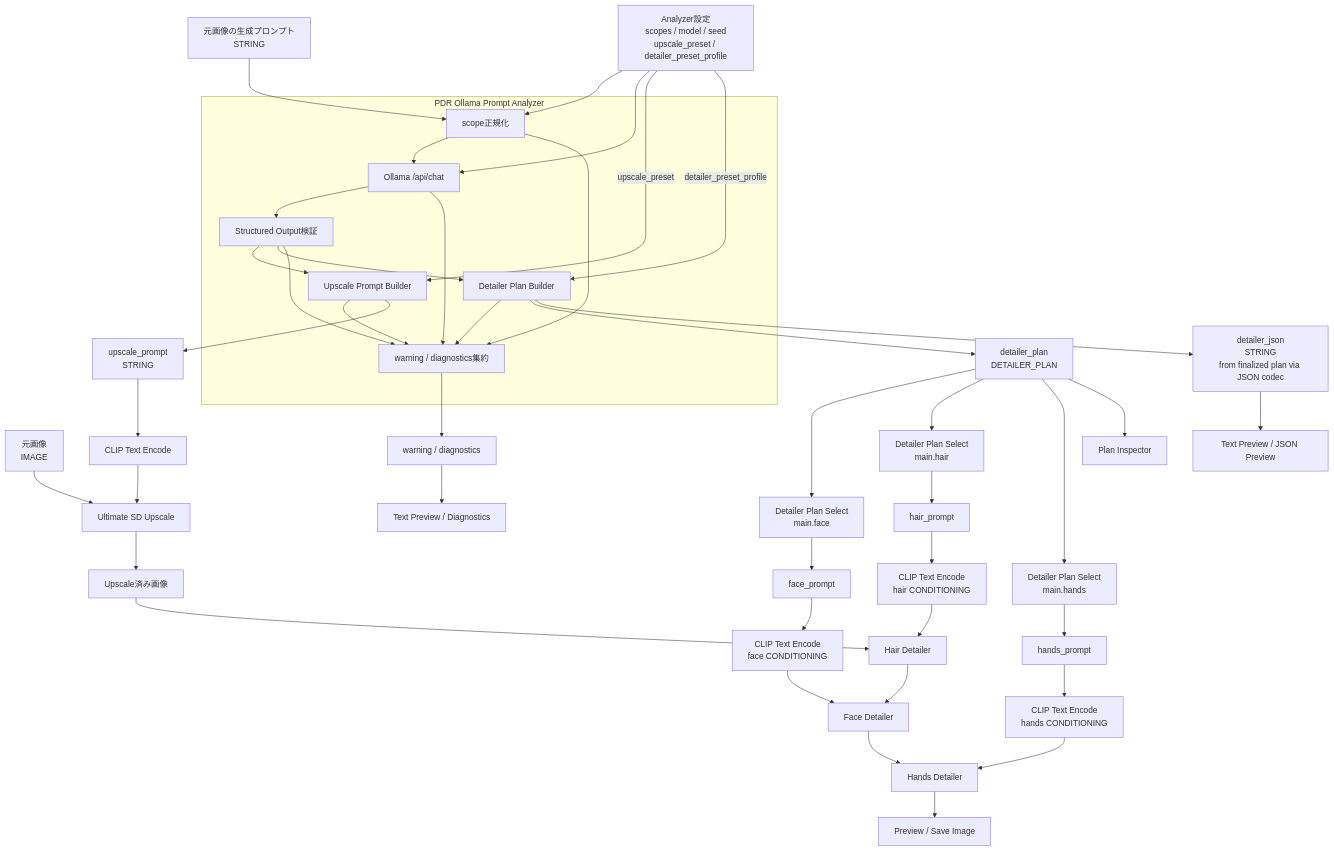
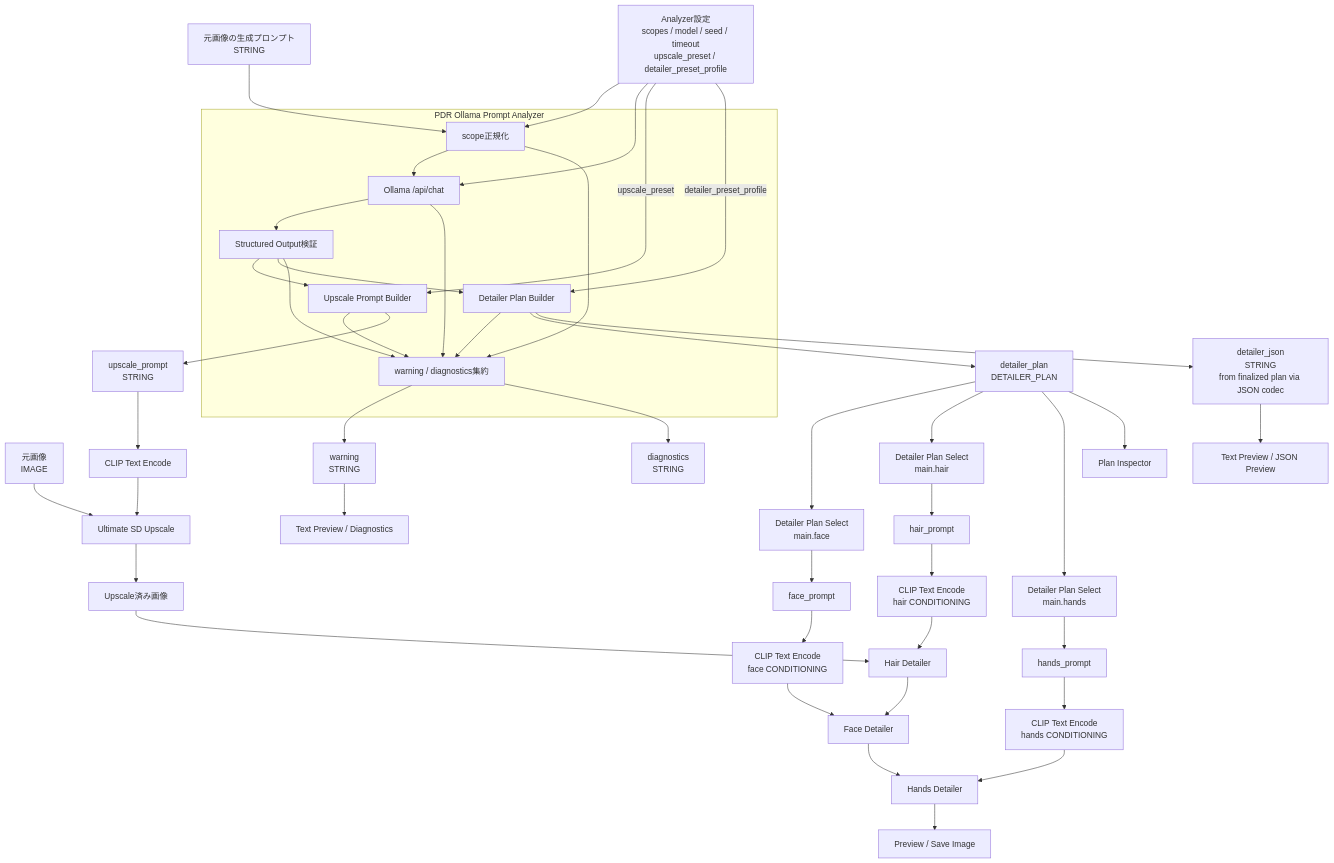
One commit to beastmaniaxxx/ComfyUI-Prompt-Detailer-Router changed the first of 3 diagrams in docs/requirements/requirements-design-reference.md. Above: the diagram before and after it, drawn with Mermaid. The commit also changed other lines of this file and 1 other file, not shown here.

````diff
--- a/docs/requirements/requirements-design-reference.md
+++ b/docs/requirements/requirements-design-reference.md
@@ -212,65 +212,66 @@
 ```mermaid
 flowchart TD
     P["元画像の生成プロンプト<br/>STRING"]
     IMG["元画像<br/>IMAGE"]
-    CFG["Analyzer設定<br/>scopes / model / seed<br/>upscale_preset / detailer_preset_profile"]
+    CFG["Analyzer設定<br/>scopes / model / seed / timeout<br/>upscale_preset / detailer_preset_profile"]
 
     subgraph ANALYZER["PDR Ollama Prompt Analyzer"]
         SCOPE["scope正規化"]
         OLLAMA["Ollama /api/chat"]
         VALIDATE["Structured Output検証"]
         UPSCALE_BUILD["Upscale Prompt Builder"]
         PLAN_BUILD["Detailer Plan Builder"]
         WARN_COLLECT["warning / diagnostics集約"]
 
         SCOPE --> OLLAMA
         OLLAMA --> VALIDATE
         VALIDATE --> UPSCALE_BUILD
         VALIDATE --> PLAN_BUILD
         SCOPE --> WARN_COLLECT
         OLLAMA --> WARN_COLLECT
         VALIDATE --> WARN_COLLECT
         UPSCALE_BUILD --> WARN_COLLECT
         PLAN_BUILD --> WARN_COLLECT
     end
 
     P --> SCOPE
     CFG --> SCOPE
     CFG --> OLLAMA
     CFG -- upscale_preset --> UPSCALE_BUILD
     CFG -- detailer_preset_profile --> PLAN_BUILD
 
     UPSCALE_BUILD --> UP["upscale_prompt<br/>STRING"]
     PLAN_BUILD --> PLAN["detailer_plan<br/>DETAILER_PLAN"]
     PLAN_BUILD --> JSON["detailer_json<br/>STRING<br/>from finalized plan via JSON codec"]
-    WARN_COLLECT --> WARN["warning / diagnostics"]
+    WARN_COLLECT --> WARN["warning<br/>STRING"]
+    WARN_COLLECT --> DIAG["diagnostics<br/>STRING"]
 
     UP --> UENC["CLIP Text Encode"]
     UENC --> USD["Ultimate SD Upscale"]
     IMG --> USD
     USD --> UIMG["Upscale済み画像"]
 
     PLAN --> SF["Detailer Plan Select<br/>main.face"]
     PLAN --> SH["Detailer Plan Select<br/>main.hair"]
     PLAN --> SA["Detailer Plan Select<br/>main.hands"]
 
     SF --> FP["face_prompt"]
     SH --> HP["hair_prompt"]
     SA --> AP["hands_prompt"]
 
     HP --> HENC["CLIP Text Encode<br/>hair CONDITIONING"]
     FP --> FENC["CLIP Text Encode<br/>face CONDITIONING"]
     AP --> AENC["CLIP Text Encode<br/>hands CONDITIONING"]
 
     UIMG --> HD["Hair Detailer"]
     HENC --> HD
     HD --> FD["Face Detailer"]
     FENC --> FD
     FD --> AD["Hands Detailer"]
     AENC --> AD
     AD --> OUT["Preview / Save Image"]
 
     PLAN --> INSPECT["Plan Inspector"]
     JSON --> JSONVIEW["Text Preview / JSON Preview"]
     WARN --> WARNVIEW["Text Preview / Diagnostics"]
 ```
````
